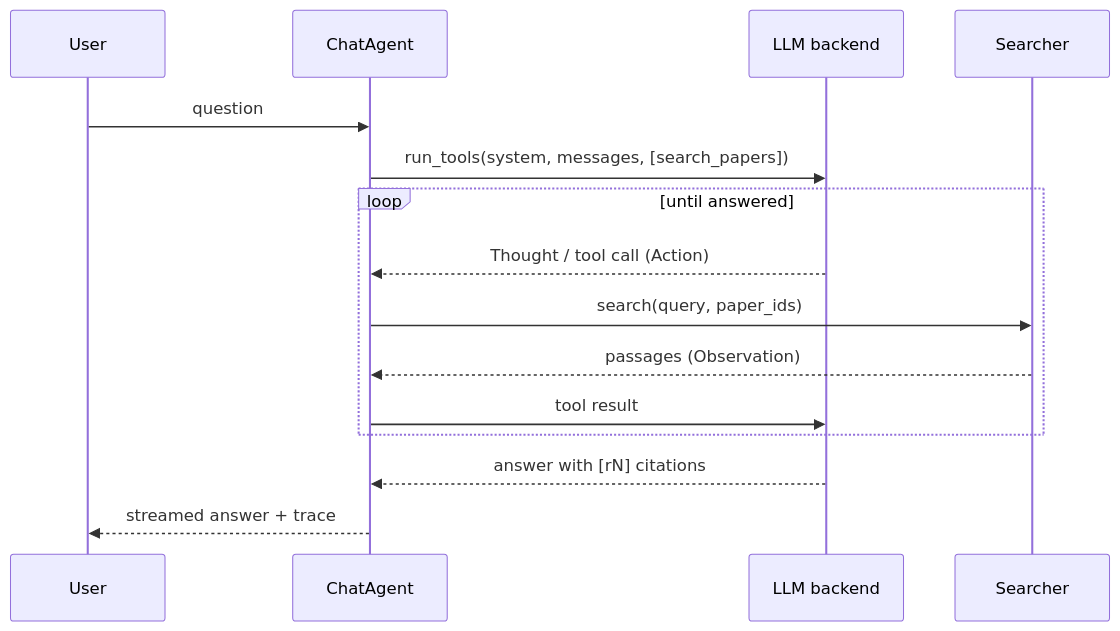
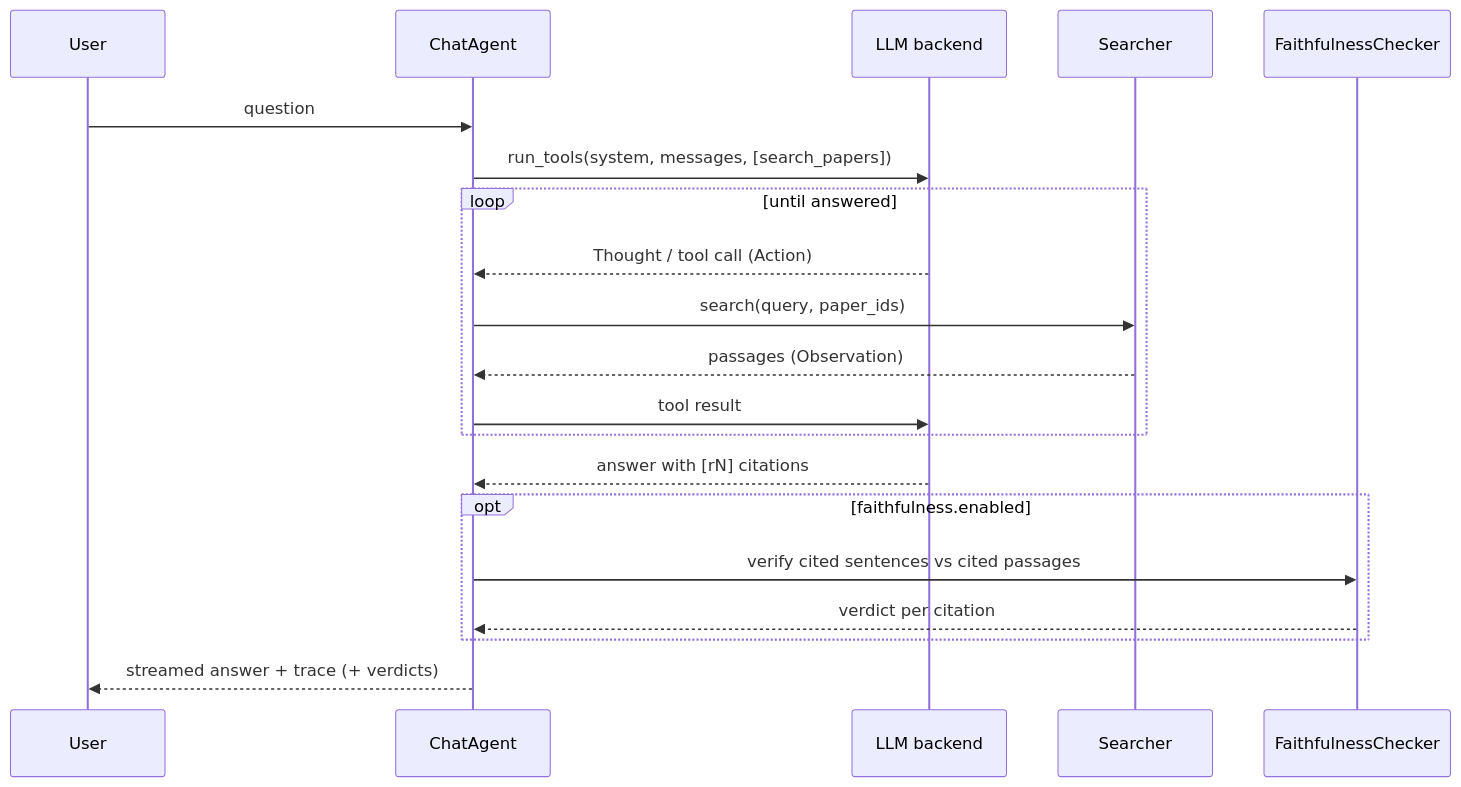
One commit to slimfrkha/PaperLens changed the second of 2 diagrams in docs/architecture.md. Above: the diagram before and after it, drawn with Mermaid. The commit also changed other lines of this file and 23 other files, not shown here.

````diff
--- a/docs/architecture.md
+++ b/docs/architecture.md
@@ -130,17 +136,22 @@
 ```mermaid
 sequenceDiagram
   participant U as User
   participant A as ChatAgent
   participant L as LLM backend
   participant S as Searcher
+  participant F as FaithfulnessChecker
   U->>A: question
   A->>L: run_tools(system, messages, [search_papers])
   loop until answered
     L-->>A: Thought / tool call (Action)
     A->>S: search(query, paper_ids)
     S-->>A: passages (Observation)
     A->>L: tool result
   end
   L-->>A: answer with [rN] citations
-  A-->>U: streamed answer + trace
+  opt faithfulness.enabled
+    A->>F: verify cited sentences vs cited passages
+    F-->>A: verdict per citation
+  end
+  A-->>U: streamed answer + trace (+ verdicts)
 ```
````
